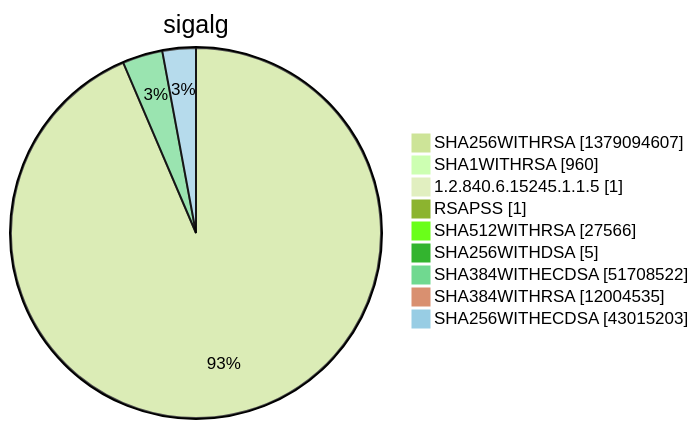
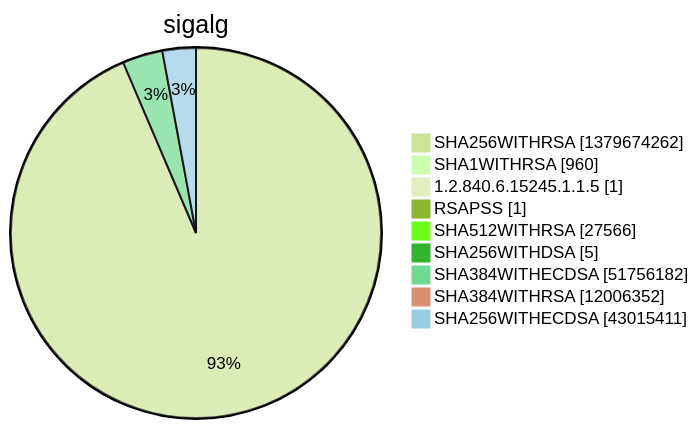
One commit to christiankrug/ctmonitor_visualization changed diagram 15 of 15 in argon2022/README.md. Above: the diagram before and after it, drawn with Mermaid (forest theme). The commit also changed other lines of this file, not shown here.

````diff
--- a/argon2022/README.md
+++ b/argon2022/README.md
@@ -5524,13 +5524,13 @@
 ```mermaid
 pie showData
 title sigalg
-"SHA256WITHRSA" :1379094607
+"SHA256WITHRSA" :1379674262
 "SHA1WITHRSA" :960
 "1.2.840.6.15245.1.1.5" :1
 "RSAPSS" :1
 "SHA512WITHRSA" :27566
 "SHA256WITHDSA" :5
-"SHA384WITHECDSA" :51708522
-"SHA384WITHRSA" :12004535
-"SHA256WITHECDSA" :43015203
+"SHA384WITHECDSA" :51756182
+"SHA384WITHRSA" :12006352
+"SHA256WITHECDSA" :43015411
 ```
````
